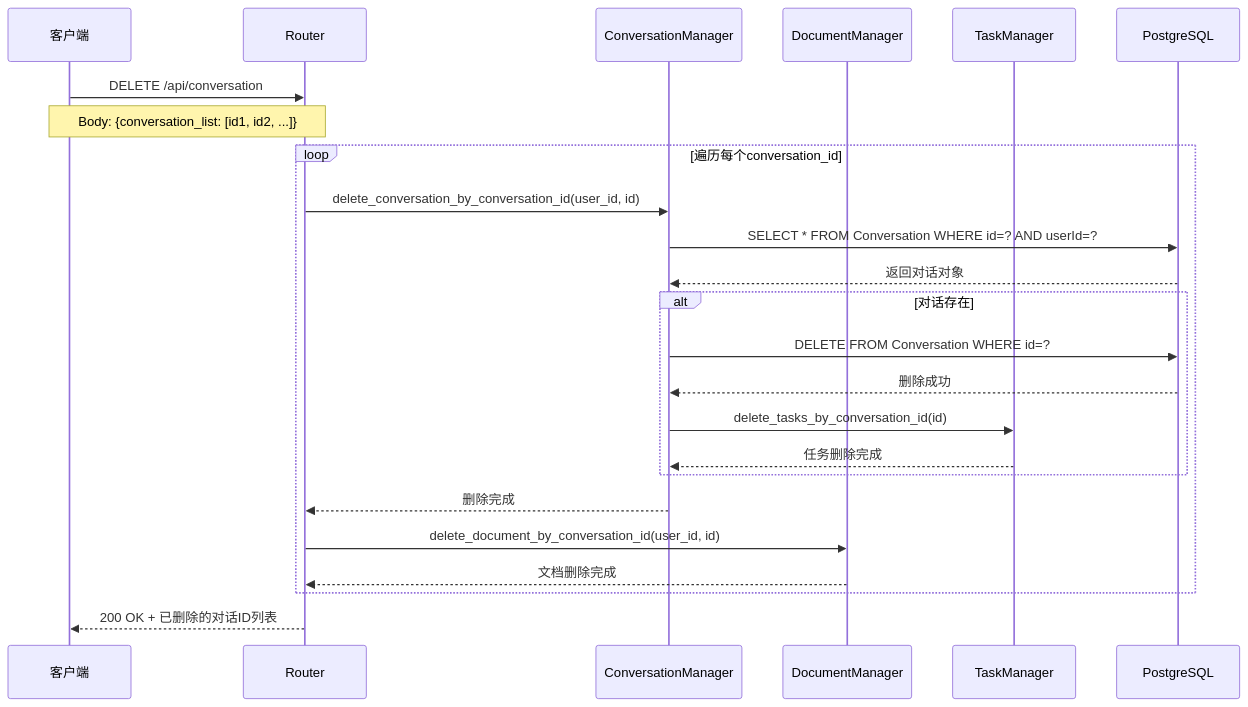
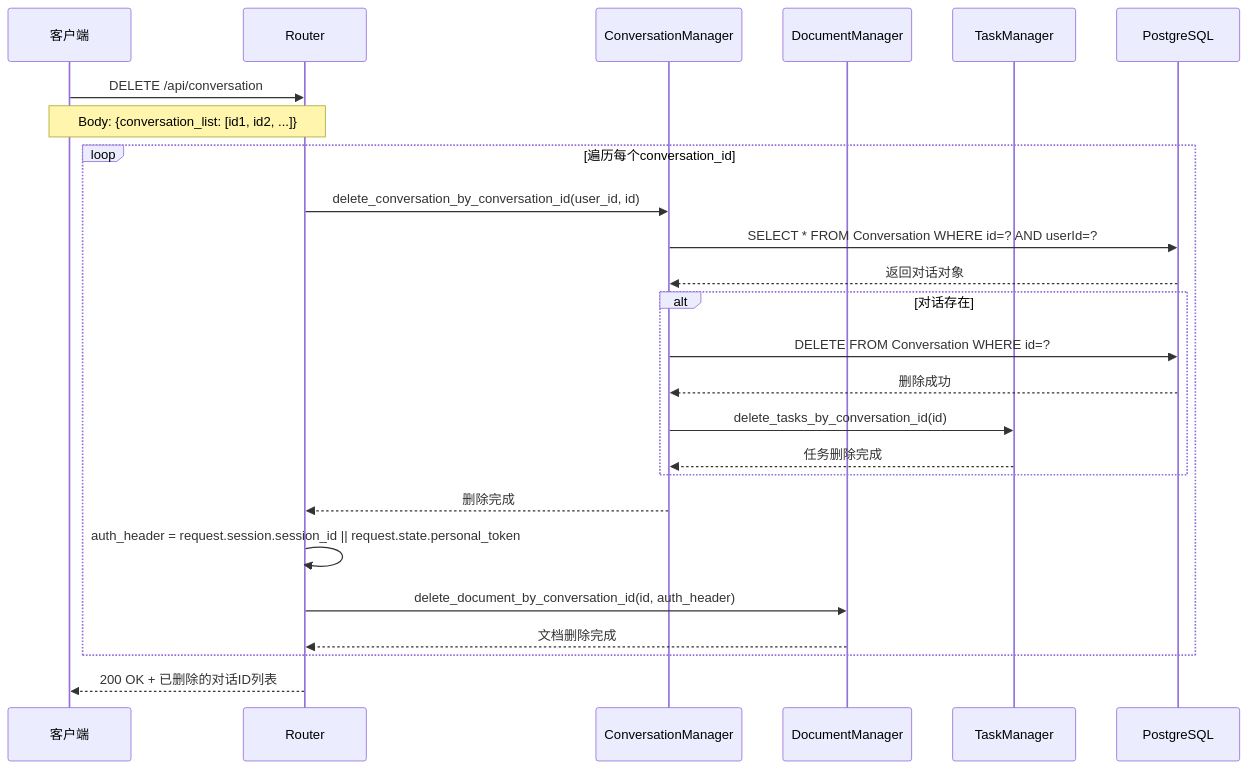
Before and after one commit to openeuler-mirror/euler-copilot-framework: the sixth of 8 diagrams in design/services/conversation.md, drawn with Mermaid. The commit also changed 22 other files, not shown here.

````diff
--- a/design/services/conversation.md
+++ b/design/services/conversation.md
@@ -195,32 +195,33 @@
 ```mermaid
 sequenceDiagram
     participant C as 客户端
     participant R as Router
     participant CM as ConversationManager
     participant DM as DocumentManager
     participant TM as TaskManager
     participant DB as PostgreSQL
 
     C->>R: DELETE /api/conversation
     Note over C,R: Body: {conversation_list: [id1, id2, ...]}
 
     loop 遍历每个conversation_id
         R->>CM: delete_conversation_by_conversation_id(user_id, id)
         CM->>DB: SELECT * FROM Conversation WHERE id=? AND userId=?
         DB-->>CM: 返回对话对象
 
         alt 对话存在
             CM->>DB: DELETE FROM Conversation WHERE id=?
             DB-->>CM: 删除成功
             CM->>TM: delete_tasks_by_conversation_id(id)
             TM-->>CM: 任务删除完成
         end
 
         CM-->>R: 删除完成
 
-        R->>DM: delete_document_by_conversation_id(user_id, id)
+        R->>R: auth_header = request.session.session_id || request.state.personal_token
+        R->>DM: delete_document_by_conversation_id(id, auth_header)
         DM-->>R: 文档删除完成
     end
 
     R-->>C: 200 OK + 已删除的对话ID列表
 ```
````
